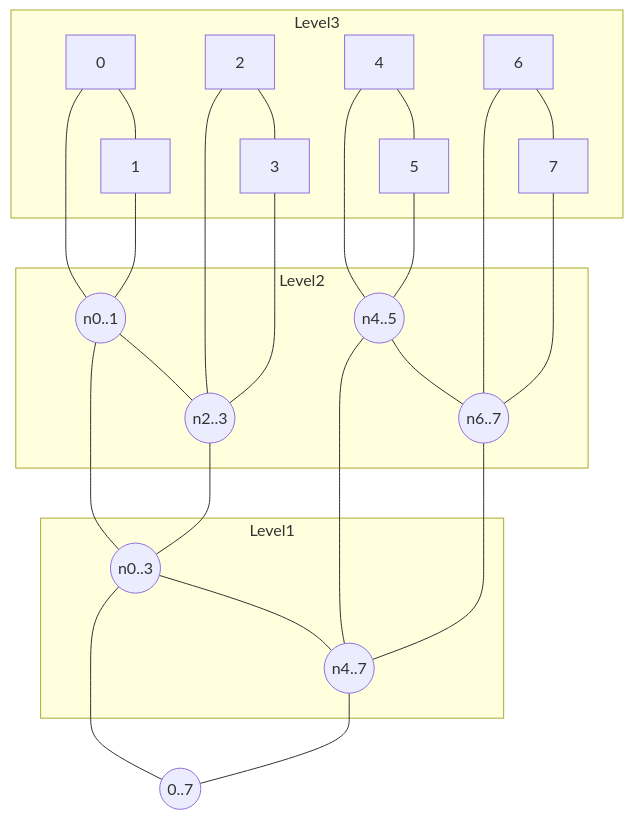
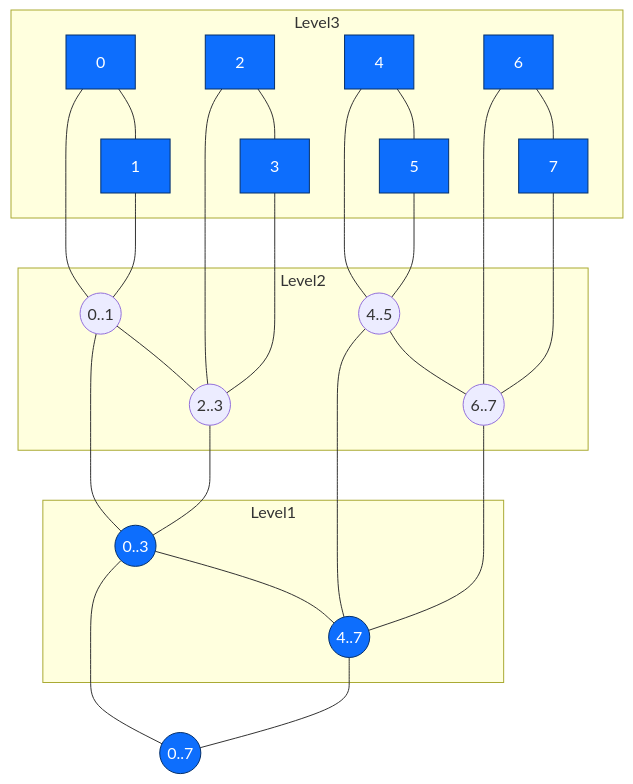
Before and after one commit to Vadim-Khristenko/Tedu_Notes: the second of 5 diagrams in Parallel_B/041025.md, drawn with Mermaid. The commit also changed other lines of this file, not shown here.

Commit message:
Попытка пофиксить схемы

````diff
--- a/Parallel_B/041025.md
+++ b/Parallel_B/041025.md
@@ -286,21 +299,25 @@
 ```mermaid
 graph TD
   subgraph Level3
-    A7[0] --- A8[1]
-    A9[2] --- A10[3]
-    A11[4] --- A12[5]
-    A13[6] --- A14[7]
+    A7["0"] --- A8["1"]
+    A9["2"] --- A10["3"]
+    A11["4"] --- A12["5"]
+    A13["6"] --- A14["7"]
   end
   subgraph Level2
-    B3((n0..1)) --- B4((n2..3))
-    B5((n4..5)) --- B6((n6..7))
+    B3((0..1)) --- B4((2..3))
+    B5((4..5)) --- B6((6..7))
   end
   subgraph Level1
-    C1((n0..3)) --- C2((n4..7))
+    C1((0..3)) --- C2((4..7))
   end
   Root((0..7))
   A7 --- B3; A8 --- B3; A9 --- B4; A10 --- B4
   A11 --- B5; A12 --- B5; A13 --- B6; A14 --- B6
   B3 --- C1; B4 --- C1; B5 --- C2; B6 --- C2
   C1 --- Root; C2 --- Root
+  %% classDef для яркой контрастности в темной и светлой теме
+  classDef levelNode fill:#0d6efd,stroke:#05306b,color:#ffffff;
+  class A7,A8,A9,A10,A11,A12,A13,A14 levelNode
+  class C1,C2,Root levelNode
 ```
````
